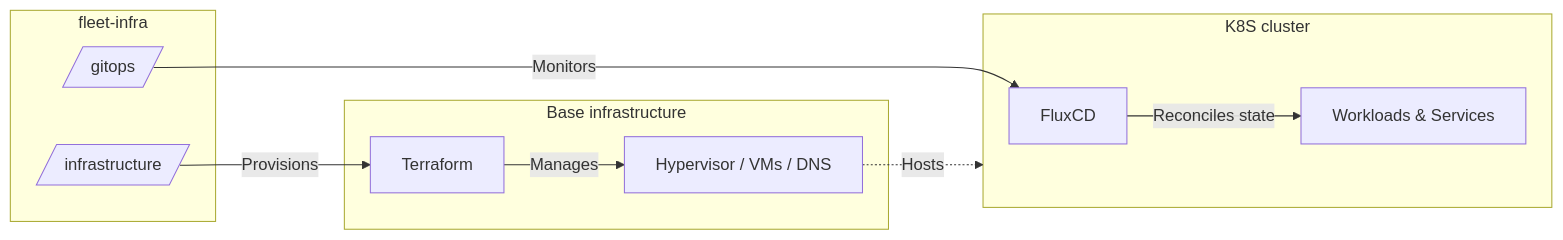
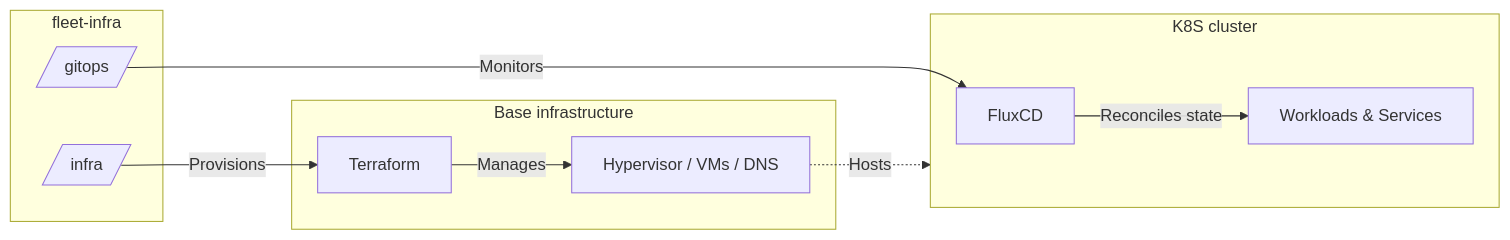
One commit to fleet-infra/.github changed the diagram in profile/README.md. Above: the diagram before and after it, drawn with Mermaid. The commit also changed other lines of this file, not shown here.

Commit message:
docs: rename infrastructure to infra in README

````diff
--- a/profile/README.md
+++ b/profile/README.md
@@ -9,24 +9,24 @@
 ```mermaid
 flowchart LR
   subgraph GitHub["fleet-infra"]
-    RepoTF[/"infrastructure"/]
+    RepoTF[/"infra"/]
     RepoK8s[/"gitops"/]
   end
 
   subgraph BaseInfra["Base infrastructure"]
     TF[Terraform]
     Nodes["Hypervisor / VMs / DNS"]
   end
 
   subgraph K8s["K8S cluster"]
     Flux[FluxCD]
     Apps["Workloads & Services"]
   end
 
   RepoTF -->|"Provisions"| TF
   TF -->|"Manages"| Nodes
   Nodes -.->|"Hosts"| K8s
 
   RepoK8s -->|"Monitors"| Flux
   Flux -->|"Reconciles state"| Apps
 ```
````
